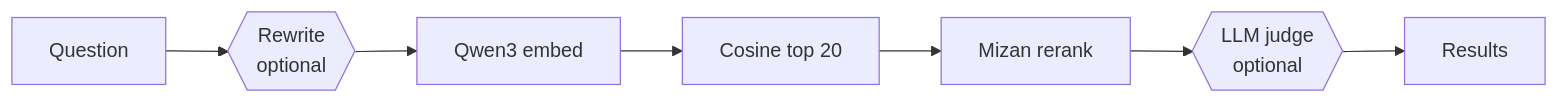
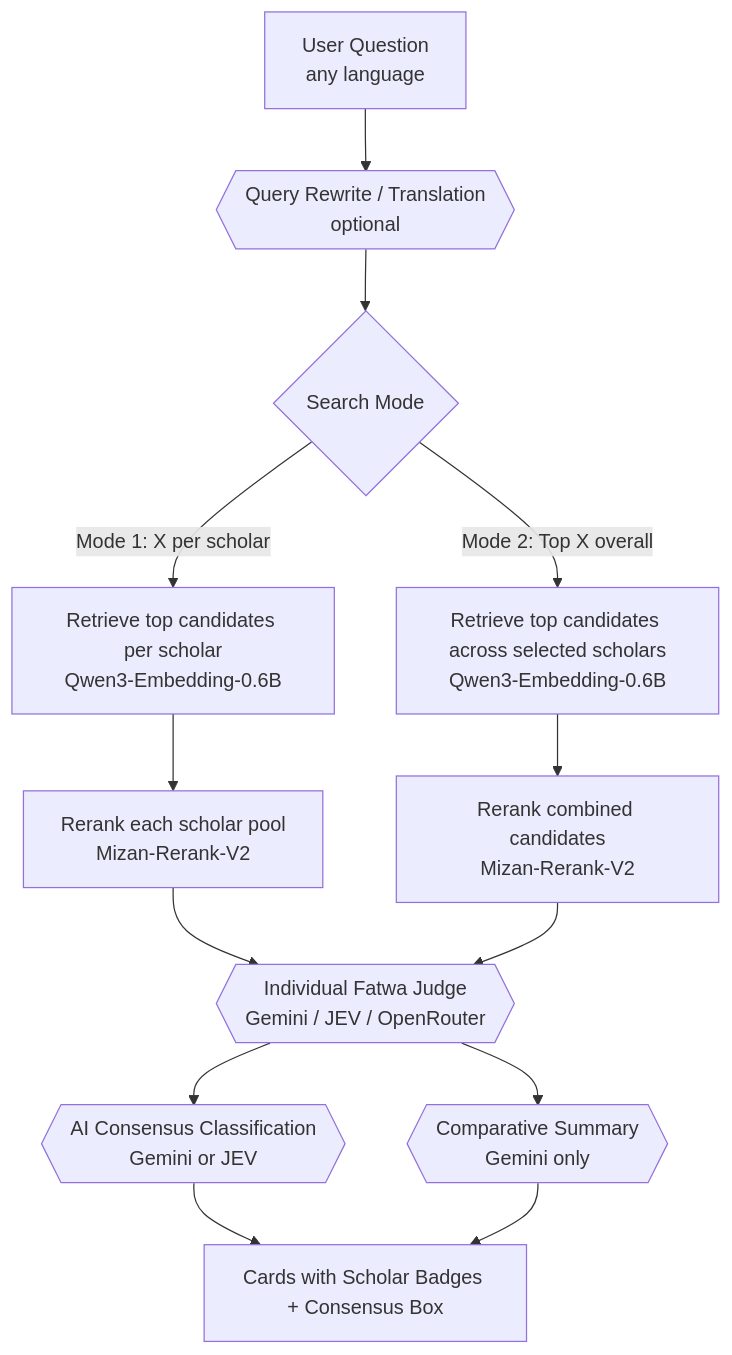
The diagram in README.md (AbderrahimZineddineEsi/BinBaz-RAG), drawn with Mermaid before and after one commit. The commit also changed other lines of this file and 5 other files, not shown here.

Commit message:
feat: multi-scholar RAG expansion, dual search modes, and AI consensus/summary

````diff
--- a/README.md
+++ b/README.md
@@ -52,4 +47,15 @@
 ```mermaid
-flowchart LR
-    Q[Question] --> RW{{Rewrite<br/>optional}} --> E[Qwen3 embed] --> S[Cosine top 20] --> R[Mizan rerank] --> J{{LLM judge<br/>optional}} --> O[Results]
+flowchart TD
+    Q[User Question<br/>any language] --> RW{{Query Rewrite / Translation<br/>optional}}
+    RW --> M{Search Mode}
+    M -->|Mode 1: X per scholar| S1[Retrieve top candidates per scholar<br/>Qwen3-Embedding-0.6B]
+    M -->|Mode 2: Top X overall| S2[Retrieve top candidates across selected scholars<br/>Qwen3-Embedding-0.6B]
+    S1 --> R1[Rerank each scholar pool<br/>Mizan-Rerank-V2]
+    S2 --> R2[Rerank combined candidates<br/>Mizan-Rerank-V2]
+    R1 --> J{{Individual Fatwa Judge<br/>Gemini / JEV / OpenRouter}}
+    R2 --> J
+    J --> CS{{AI Consensus Classification<br/>Gemini or JEV}}
+    J --> SM{{Comparative Summary<br/>Gemini only}}
+    CS --> O[Cards with Scholar Badges + Consensus Box]
+    SM --> O
 ```
````
